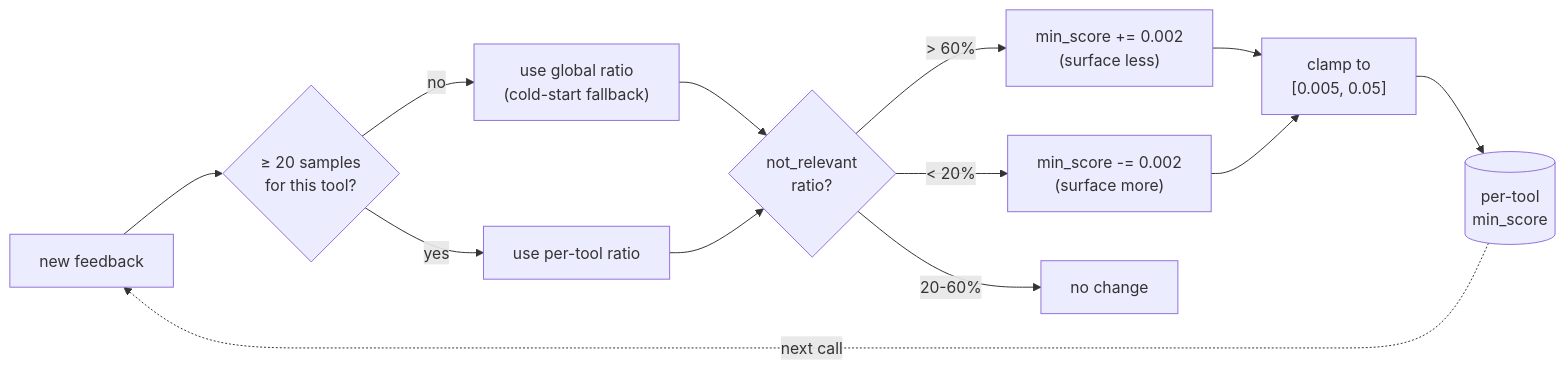
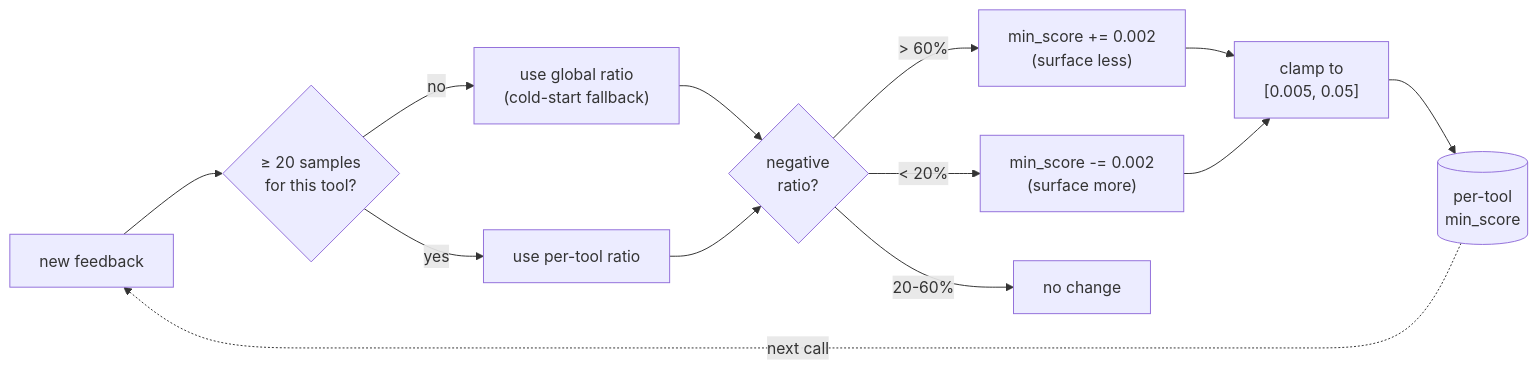
The fifth of 5 diagrams in docs/surfacing.md (memtomem/memtomem-stm), drawn with Mermaid before and after one commit. The commit also changed other lines of this file and 4 other files, not shown here.

````diff
--- a/docs/surfacing.md
+++ b/docs/surfacing.md
@@ -260,15 +260,15 @@
 ```mermaid
 flowchart LR
     Sample["new feedback"] --> N{"≥ 20 samples<br/>for this tool?"}
     N -->|no| Cold["use global ratio<br/>(cold-start fallback)"]
     N -->|yes| Local["use per-tool ratio"]
-    Cold --> R{"not_relevant<br/>ratio?"}
+    Cold --> R{"negative<br/>ratio?"}
     Local --> R
     R -->|"> 60%"| Up["min_score += 0.002<br/>(surface less)"]
     R -->|"< 20%"| Down["min_score -= 0.002<br/>(surface more)"]
     R -->|"20-60%"| Hold["no change"]
     Up --> Cap["clamp to<br/>[0.005, 0.05]"]
     Down --> Cap
     Cap --> Tool[("per-tool<br/>min_score")]
     Tool -.->|next call| Sample
 ```
````
